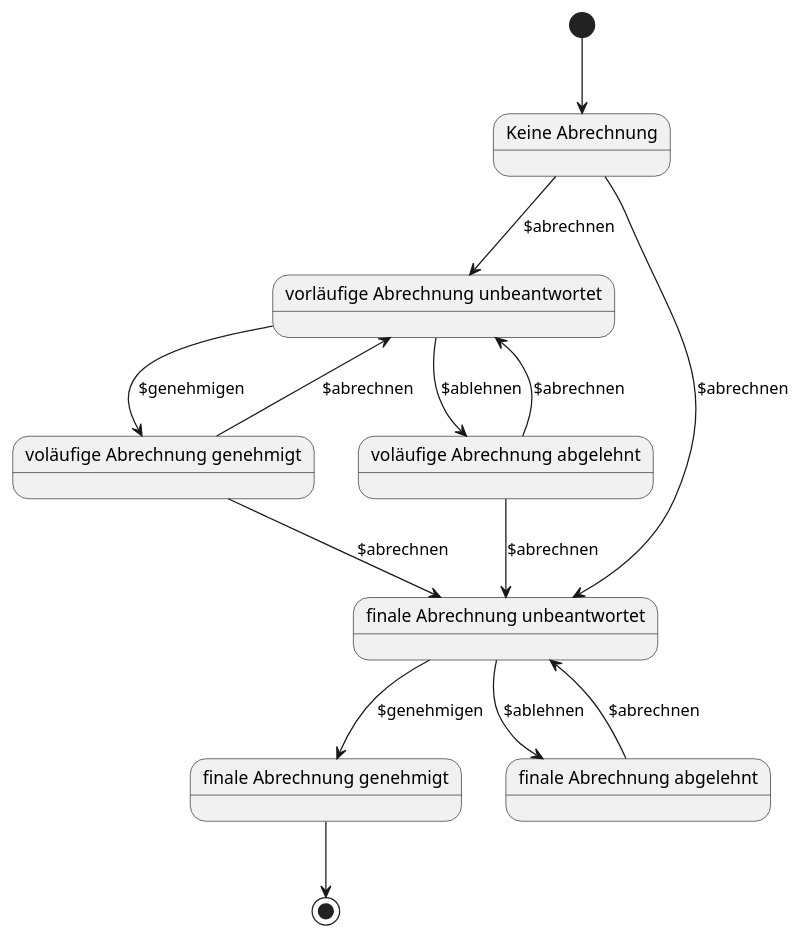
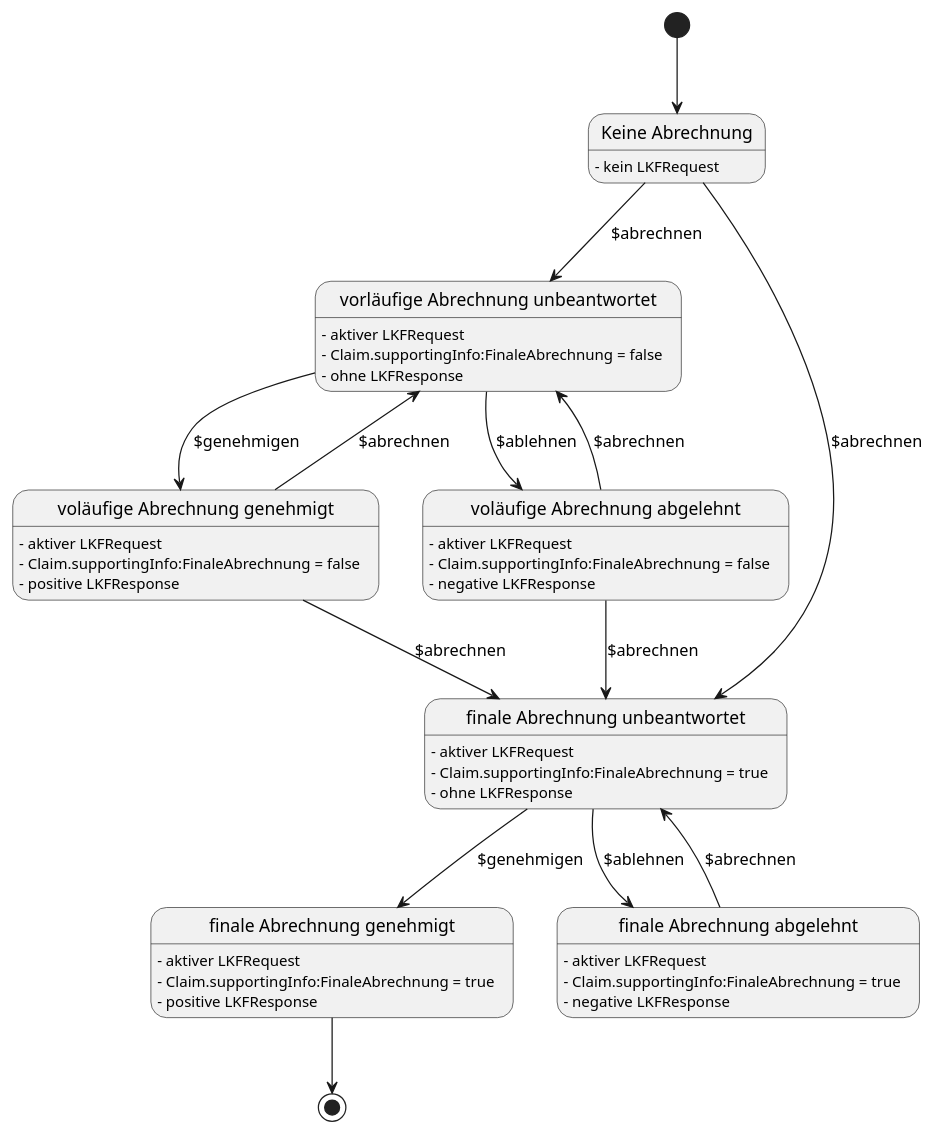
Before and after one commit to HL7Austria/ELGA-MOPED-R5: the diagram in plantuml/moped-fall-abrechnen/abrechnen-zustaende.plantuml, drawn with PlantUML. The commit also changed 17 other files, not shown here.

```diff
--- a/plantuml/moped-fall-abrechnen/abrechnen-zustaende.plantuml
+++ b/plantuml/moped-fall-abrechnen/abrechnen-zustaende.plantuml
@@ -1,25 +1,34 @@
 @startuml
 
 state "Keine Abrechnung" as A
 state "vorläufige Abrechnung unbeantwortet" as B
 state "voläufige Abrechnung genehmigt" as C
 state "voläufige Abrechnung abgelehnt" as D
 state "finale Abrechnung unbeantwortet" as E
 state "finale Abrechnung genehmigt" as F
 state "finale Abrechnung abgelehnt" as G
+
+A:  - kein LKFRequest
+B:  - aktiver LKFRequest\n- Claim.supportingInfo:FinaleAbrechnung = false\n- ohne LKFResponse
+C:  - aktiver LKFRequest\n- Claim.supportingInfo:FinaleAbrechnung = false\n- positive LKFResponse
+D:  - aktiver LKFRequest\n- Claim.supportingInfo:FinaleAbrechnung = false\n- negative LKFResponse
+E:  - aktiver LKFRequest\n- Claim.supportingInfo:FinaleAbrechnung = true\n- ohne LKFResponse
+F:  - aktiver LKFRequest\n- Claim.supportingInfo:FinaleAbrechnung = true\n- positive LKFResponse
+G:  - aktiver LKFRequest\n- Claim.supportingInfo:FinaleAbrechnung = true\n- negative LKFResponse
+
 
 [*] --> A
 A --> B : $abrechnen
 A --> E : $abrechnen
 B --> C : $genehmigen
 B --> D : $ablehnen
 D --> B : $abrechnen
 C --> B : $abrechnen
 C --> E : $abrechnen
 D --> E : $abrechnen
 E --> F : $genehmigen
 E --> G : $ablehnen
 G --> E : $abrechnen
 F --> [*]
 
 @enduml
```
